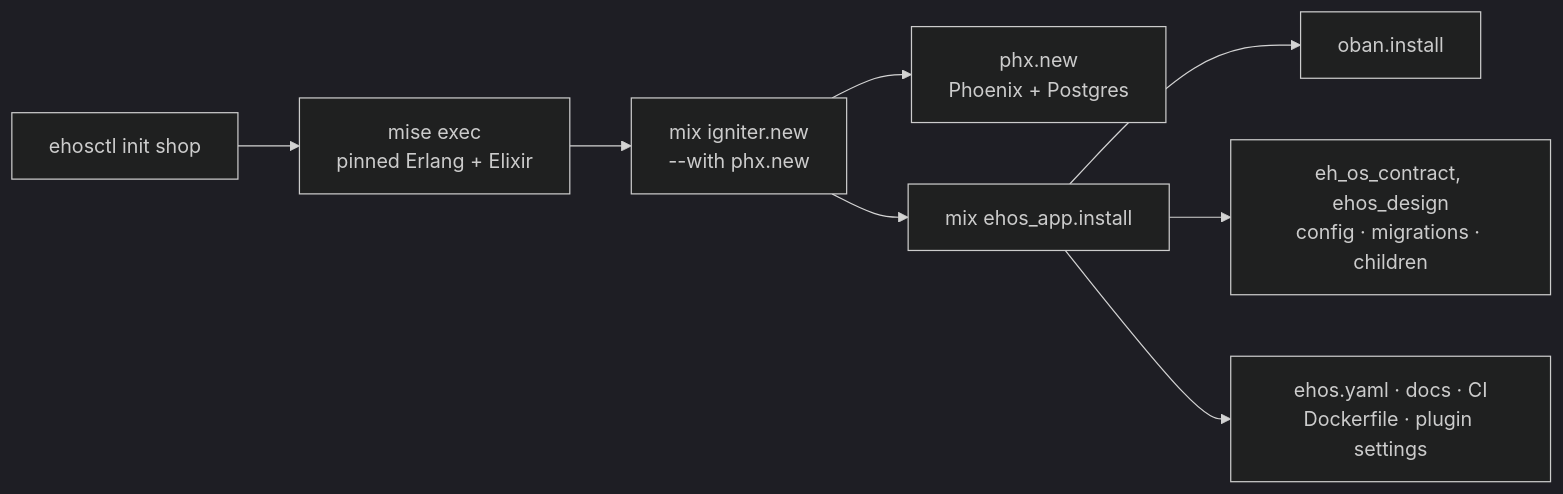
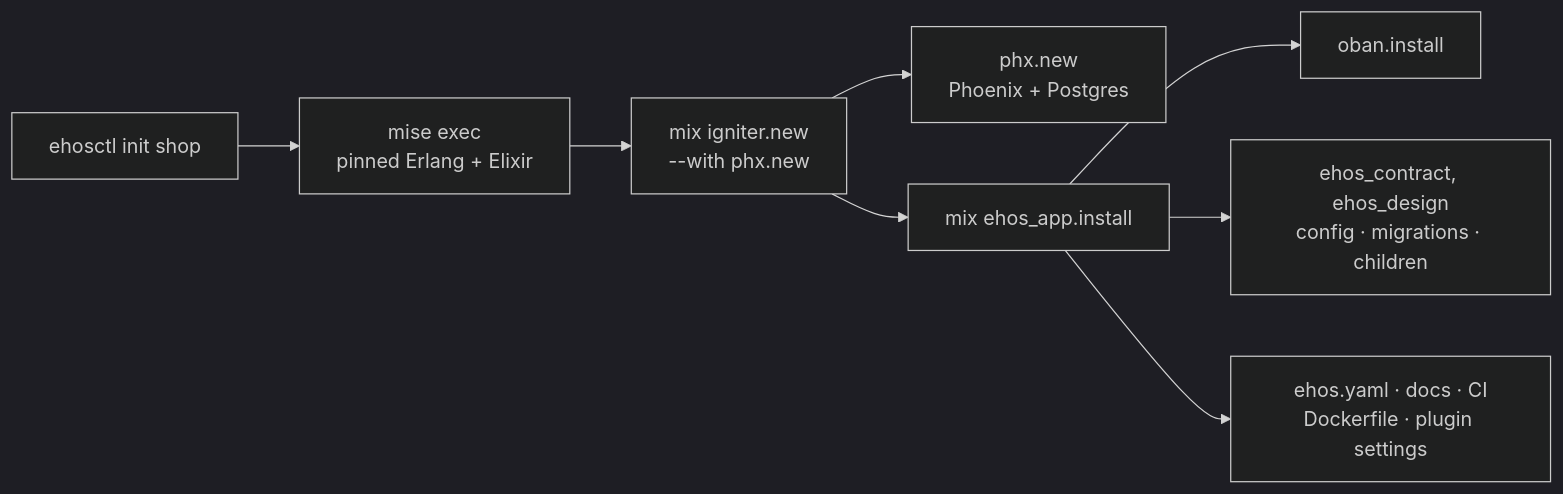
Before and after one commit to EmpoweredHouse/ehos-tools: the diagram in README.md, drawn with Mermaid (dark theme). The commit also changed other lines of this file and 99 other files, not shown here.

First line of the commit message:
Install the contract library as ehos_contract, and move an earlier project to the name (#449)

````diff
--- a/README.md
+++ b/README.md
@@ -102,10 +102,10 @@
 ```mermaid
 flowchart LR
   A["ehosctl init shop"] --> B["mise exec<br/>pinned Erlang + Elixir"]
   B --> C["mix igniter.new<br/>--with phx.new"]
   C --> D["phx.new<br/>Phoenix + Postgres"]
   C --> E["mix ehos_app.install"]
   E --> F["oban.install"]
-  E --> G["eh_os_contract, ehos_design<br/>config · migrations · children"]
+  E --> G["ehos_contract, ehos_design<br/>config · migrations · children"]
   E --> H["ehos.yaml · docs · CI<br/>Dockerfile · plugin settings"]
 ```
````
